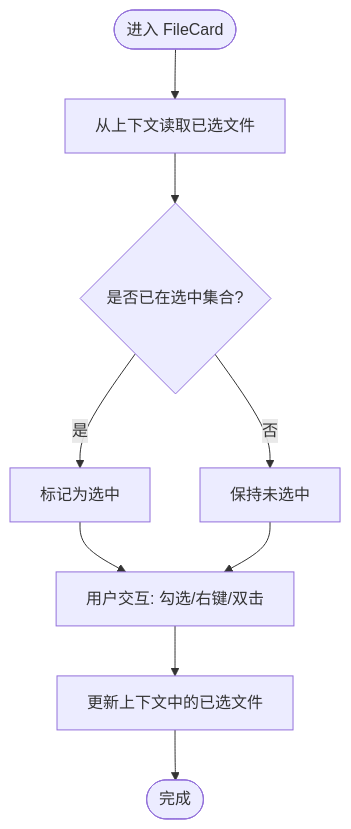
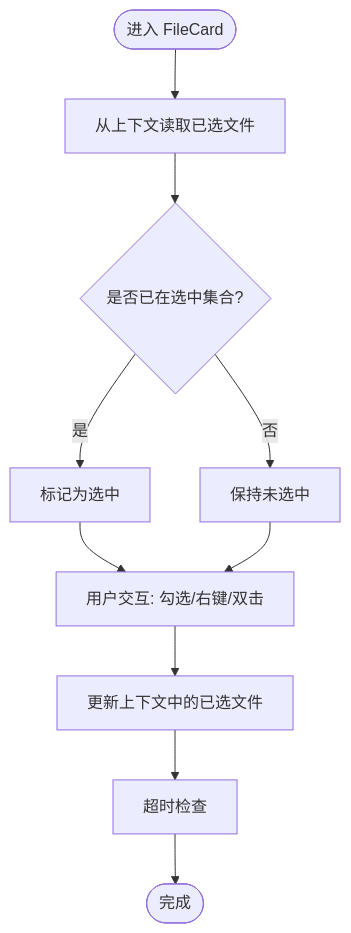
The ninth of 10 diagrams in .qoder/repowiki/zh/content/功能模块/文件管理插件/文件管理插件.md (LRF0422/Kotion), drawn with Mermaid before and after one commit. The commit also changed other lines of this file and 75 other files, not shown here.

````diff
--- a/.qoder/repowiki/zh/content/功能模块/文件管理插件/文件管理插件.md
+++ b/.qoder/repowiki/zh/content/功能模块/文件管理插件/文件管理插件.md
@@ -288,11 +739,12 @@
 ```mermaid
 flowchart TD
 Enter(["进入 FileCard"]) --> Load["从上下文读取已选文件"]
 Load --> Checked{"是否已在选中集合?"}
 Checked --> |是| Mark["标记为选中"]
 Checked --> |否| Unmark["保持未选中"]
 Mark --> Interact["用户交互: 勾选/右键/双击"]
 Unmark --> Interact
 Interact --> Update["更新上下文中的已选文件"]
-Update --> Exit(["完成"])
+Update --> Timeout["超时检查"]
+Timeout --> Exit(["完成"])
 ```
````
